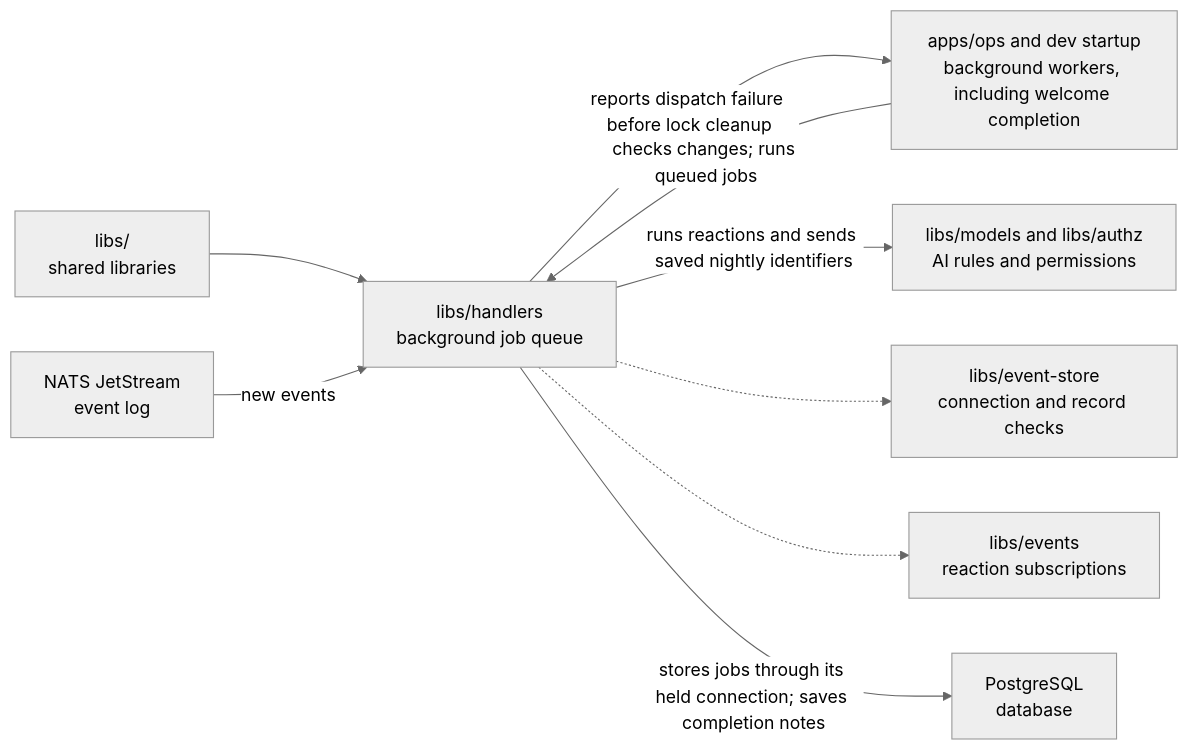
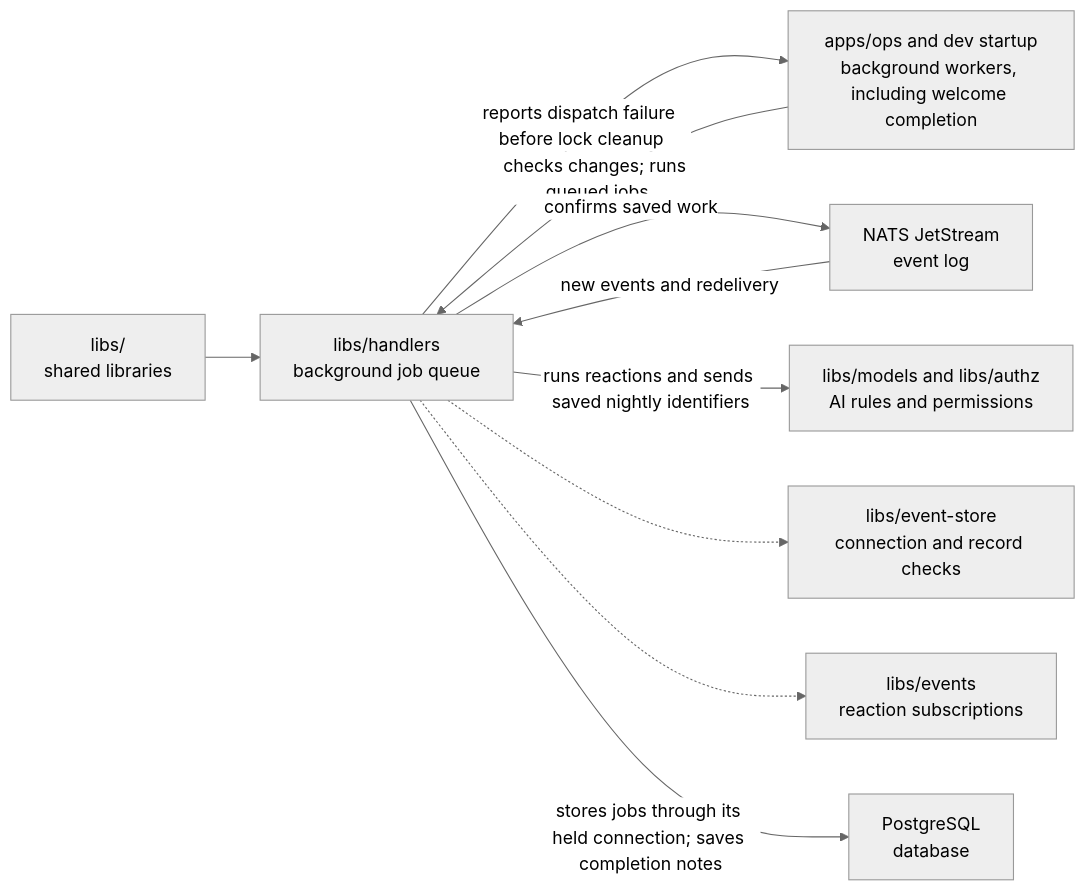
The diagram in libs/handlers/README.md (elewa-git/opencrane-new), drawn with Mermaid (neutral theme) before and after one commit. The commit also changed other lines of this file and 39 other files, not shown here.

First line of the commit message:
Recover the event worker after JetStream interruptions (#1180)

````diff
--- a/libs/handlers/README.md
+++ b/libs/handlers/README.md
@@ -21,11 +22,12 @@
 ```mermaid
 flowchart LR
   parent["libs/<br/>shared libraries"] --> handlers["libs/handlers<br/>background job queue"]
   ops["apps/ops and dev startup<br/>background workers, including welcome completion"] -->|checks changes; runs queued jobs| handlers
   handlers -->|reports dispatch failure before lock cleanup| ops
-  nats["NATS JetStream<br/>event log"] -->|new events| handlers
+  nats["NATS JetStream<br/>event log"] -->|new events and redelivery| handlers
+  handlers -->|confirms saved work| nats
   handlers -->|runs reactions and sends saved nightly identifiers| reactions["libs/models and libs/authz<br/>AI rules and permissions"]
   handlers -.-> store["libs/event-store<br/>connection and record checks"]
   handlers -.-> events["libs/events<br/>reaction subscriptions"]
   handlers -->|stores jobs through its held connection; saves completion notes| pg["PostgreSQL<br/>database"]
 ```
````
